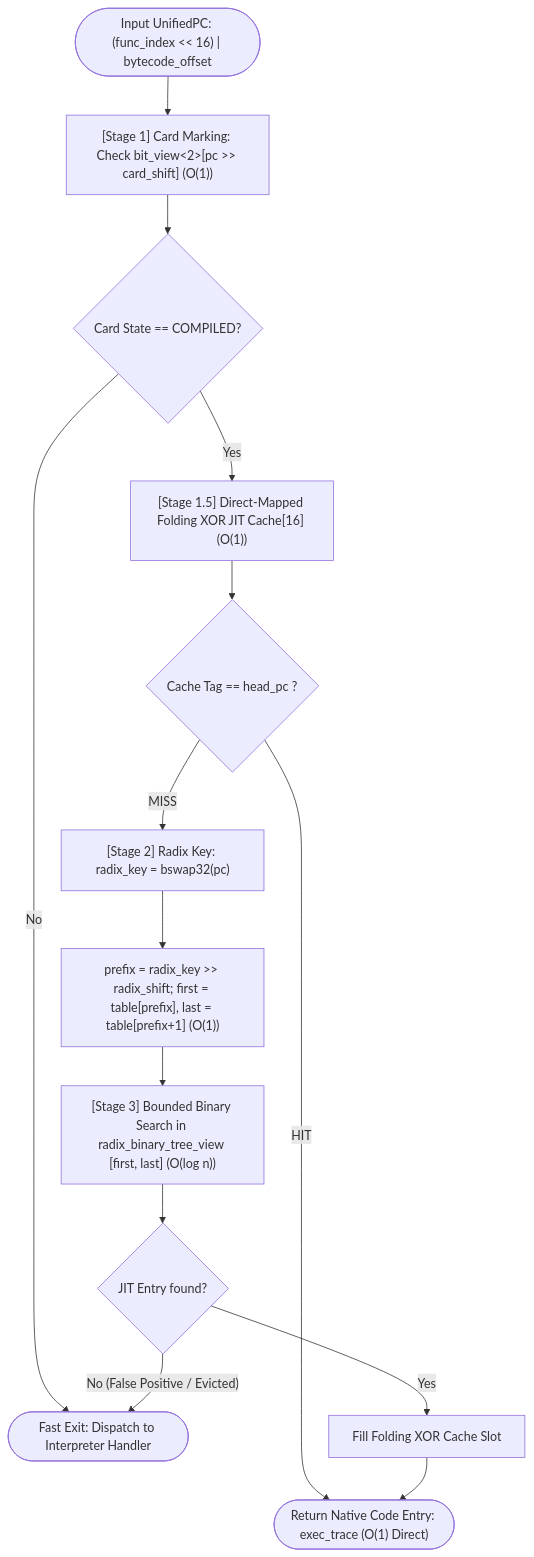
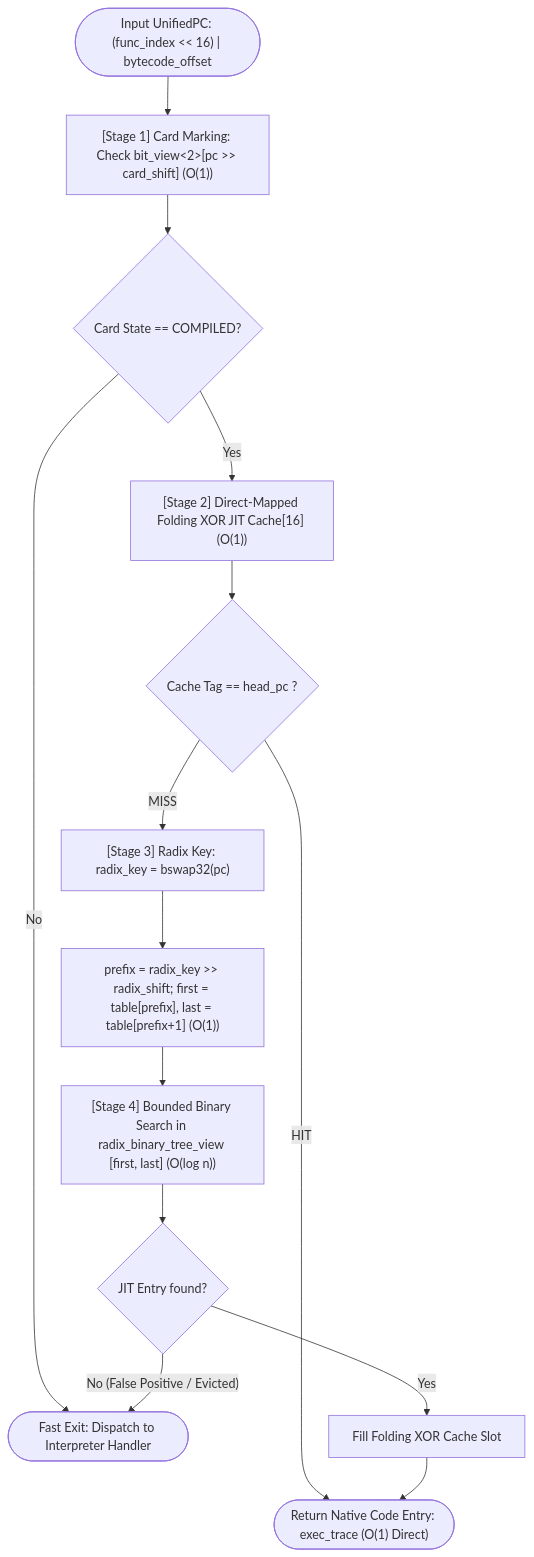
One commit to kmt-t/fireball changed the second of 5 diagrams in docs/components/tier3_jit/jit_runtime.md. Above: the diagram before and after it, drawn with Mermaid. The commit also changed other lines of this file and 73 other files, not shown here.

````diff
--- a/docs/components/tier3_jit/jit_runtime.md
+++ b/docs/components/tier3_jit/jit_runtime.md
@@ -91,19 +91,19 @@
 ```mermaid
 flowchart TD
     Start(["Input UnifiedPC: (func_index << 16) | bytecode_offset"]) --> Stage1["[Stage 1] Card Marking: Check bit_view<2>[pc >> card_shift] (O(1))"]
     Stage1 --> CheckCompiled{"Card State == COMPILED?"}
 
     CheckCompiled -- "No" --> ExitInterp(["Fast Exit: Dispatch to Interpreter Handler"])
-    CheckCompiled -- "Yes" --> StageFast["[Stage 1.5] Direct-Mapped Folding XOR JIT Cache[16] (O(1))"]
+    CheckCompiled -- "Yes" --> StageFast["[Stage 2] Direct-Mapped Folding XOR JIT Cache[16] (O(1))"]
 
     StageFast --> FastHit{"Cache Tag == head_pc ?"}
     FastHit -- "HIT" --> ReturnTrace(["Return Native Code Entry: exec_trace (O(1) Direct)"])
 
-    FastHit -- "MISS" --> Stage2["[Stage 2] Radix Key: radix_key = bswap32(pc)"]
-    Stage2 --> LookupRadix["prefix = radix_key >> radix_shift; first = table[prefix], last = table[prefix+1] (O(1))"]
-    LookupRadix --> Stage3["[Stage 3] Bounded Binary Search in radix_binary_tree_view [first, last] (O(log n))"]
+    FastHit -- "MISS" --> StageRadix["[Stage 3] Radix Key: radix_key = bswap32(pc)"]
+    StageRadix --> LookupRadix["prefix = radix_key >> radix_shift; first = table[prefix], last = table[prefix+1] (O(1))"]
+    LookupRadix --> StageBinary["[Stage 4] Bounded Binary Search in radix_binary_tree_view [first, last] (O(log n))"]
 
-    Stage3 --> Hit{"JIT Entry found?"}
+    StageBinary --> Hit{"JIT Entry found?"}
     Hit -- "Yes" --> FillSlot["Fill Folding XOR Cache Slot"] --> ReturnTrace
     Hit -- "No (False Positive / Evicted)" --> ExitInterp
 ```
````
